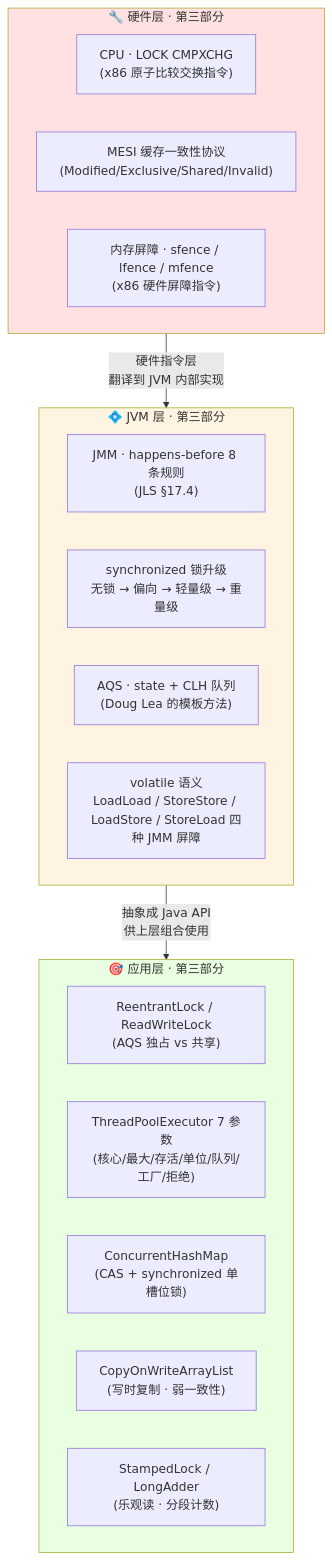
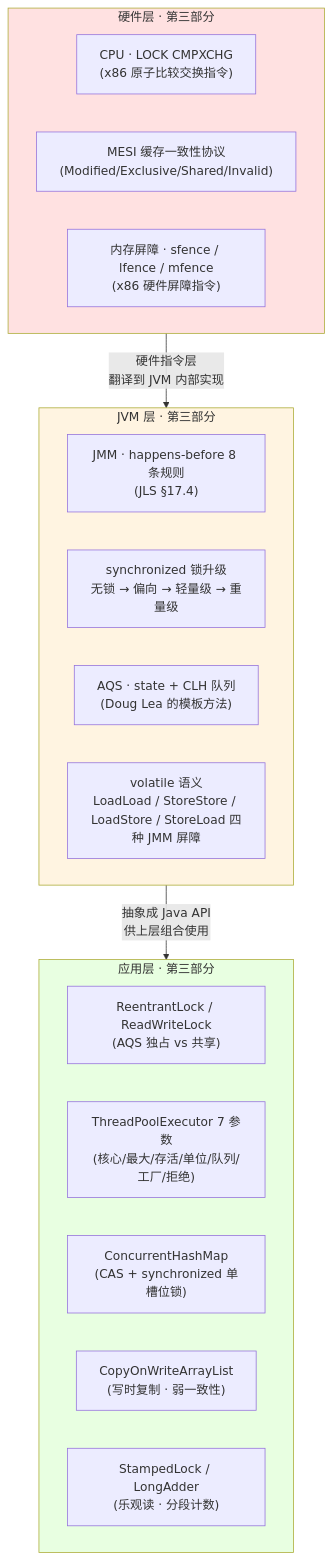
Before and after one commit to b1tzer/b1tzer.github.io: the second of 3 diagrams in docs/01-java-basic/02-并发编程/10-concurrency-overview.md, drawn with Mermaid. The commit also changed other lines of this file and 22 other files, not shown here.

````diff
--- a/docs/01-java-basic/02-并发编程/10-concurrency-overview.md
+++ b/docs/01-java-basic/02-并发编程/10-concurrency-overview.md
@@ -50,30 +50,30 @@
 ```mermaid
 flowchart TB
-    subgraph HW["🔧 硬件层 · 第三部分"]
+    subgraph HW["硬件层 · 第三部分"]
         H1["CPU · LOCK CMPXCHG<br/>(x86 原子比较交换指令)"]
         H2["MESI 缓存一致性协议<br/>(Modified/Exclusive/Shared/Invalid)"]
         H3["内存屏障 · sfence / lfence / mfence<br/>(x86 硬件屏障指令)"]
     end
 
-    subgraph JVM["💠 JVM 层 · 第三部分"]
+    subgraph JVM["JVM 层 · 第三部分"]
         J1["JMM · happens-before 8 条规则<br/>(JLS §17.4)"]
         J2["synchronized 锁升级<br/>无锁 → 偏向 → 轻量级 → 重量级"]
         J3["AQS · state + CLH 队列<br/>(Doug Lea 的模板方法)"]
         J4["volatile 语义<br/>LoadLoad / StoreStore / LoadStore / StoreLoad 四种 JMM 屏障"]
     end
 
-    subgraph APP["🎯 应用层 · 第三部分"]
+    subgraph APP["应用层 · 第三部分"]
         A1["ReentrantLock / ReadWriteLock<br/>(AQS 独占 vs 共享)"]
         A2["ThreadPoolExecutor 7 参数<br/>(核心/最大/存活/单位/队列/工厂/拒绝)"]
         A3["ConcurrentHashMap<br/>(CAS + synchronized 单槽位锁)"]
         A4["CopyOnWriteArrayList<br/>(写时复制 · 弱一致性)"]
         A5["StampedLock / LongAdder<br/>(乐观读 · 分段计数)"]
     end
 
     HW -->|"硬件指令层<br/>翻译到 JVM 内部实现"| JVM
     JVM -->|"抽象成 Java API<br/>供上层组合使用"| APP
 
     style HW fill:#ffe1e1
     style JVM fill:#fff4e1
     style APP fill:#e8ffe1
 ```
````
